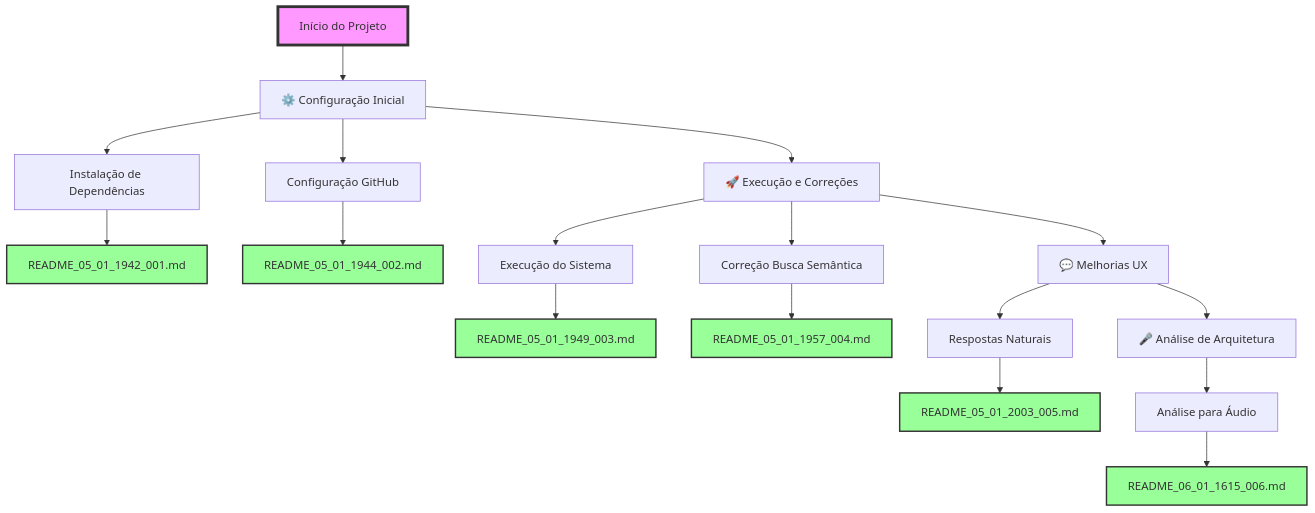
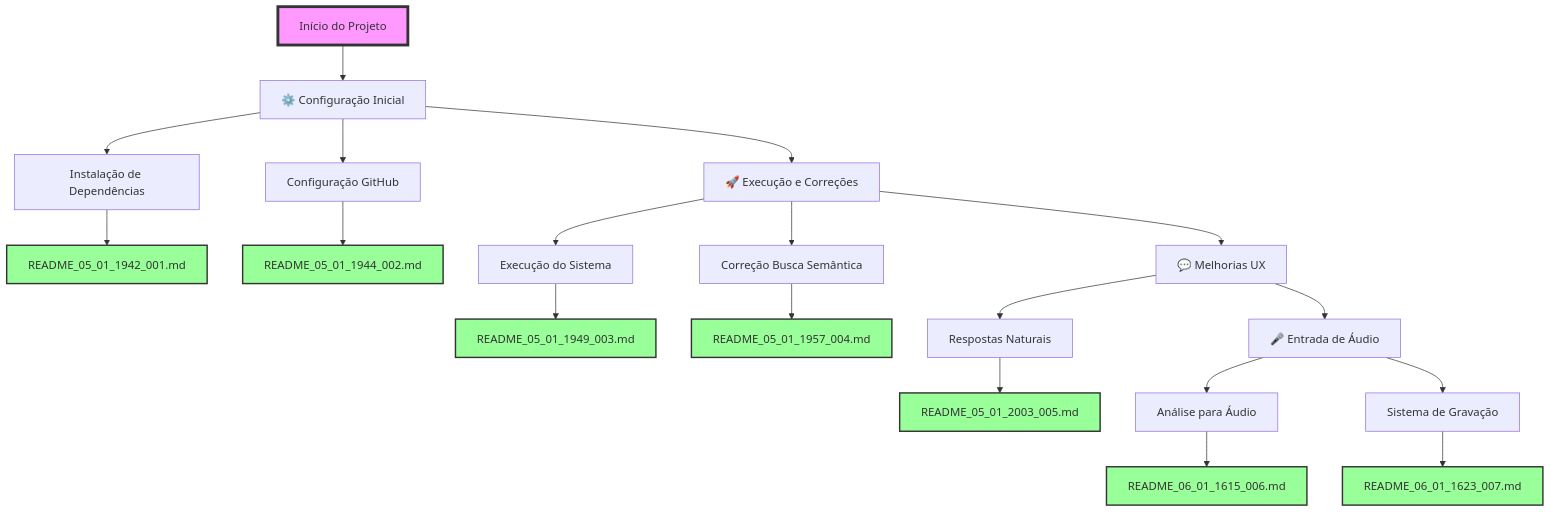
The diagram in FLUXOGRAMA.md (estival9999/auralis), drawn with Mermaid before and after one commit. The commit also changed other lines of this file and 3 other files, not shown here.

First line of the commit message:
[FEAT] Adicionar entrada de reuniões por áudio

````diff
--- a/FLUXOGRAMA.md
+++ b/FLUXOGRAMA.md
@@ -13,30 +13,33 @@
 ```mermaid
 flowchart TD
     A[Início do Projeto] --> A1[⚙️ Configuração Inicial]
     A1 --> A1_1[Instalação de Dependências]
     A1_1 --> README1[README_05_01_1942_001.md]
     A1 --> A1_2[Configuração GitHub]
     A1_2 --> README2[README_05_01_1944_002.md]
     
     A1 --> A2[🚀 Execução e Correções]
     A2 --> A2_1[Execução do Sistema]
     A2_1 --> README3[README_05_01_1949_003.md]
     A2 --> A2_2[Correção Busca Semântica]
     A2_2 --> README4[README_05_01_1957_004.md]
     
     A2 --> A3[💬 Melhorias UX]
     A3 --> A3_1[Respostas Naturais]
     A3_1 --> README5[README_05_01_2003_005.md]
     
-    A3 --> A4[🎤 Análise de Arquitetura]
+    A3 --> A4[🎤 Entrada de Áudio]
     A4 --> A4_1[Análise para Áudio]
     A4_1 --> README6[README_06_01_1615_006.md]
+    A4 --> A4_2[Sistema de Gravação]
+    A4_2 --> README7[README_06_01_1623_007.md]
     
     style A fill:#f9f,stroke:#333,stroke-width:4px
     style README1 fill:#9f9,stroke:#333,stroke-width:2px
     style README2 fill:#9f9,stroke:#333,stroke-width:2px
     style README3 fill:#9f9,stroke:#333,stroke-width:2px
     style README4 fill:#9f9,stroke:#333,stroke-width:2px
     style README5 fill:#9f9,stroke:#333,stroke-width:2px
     style README6 fill:#9f9,stroke:#333,stroke-width:2px
+    style README7 fill:#9f9,stroke:#333,stroke-width:2px
 ```
````
